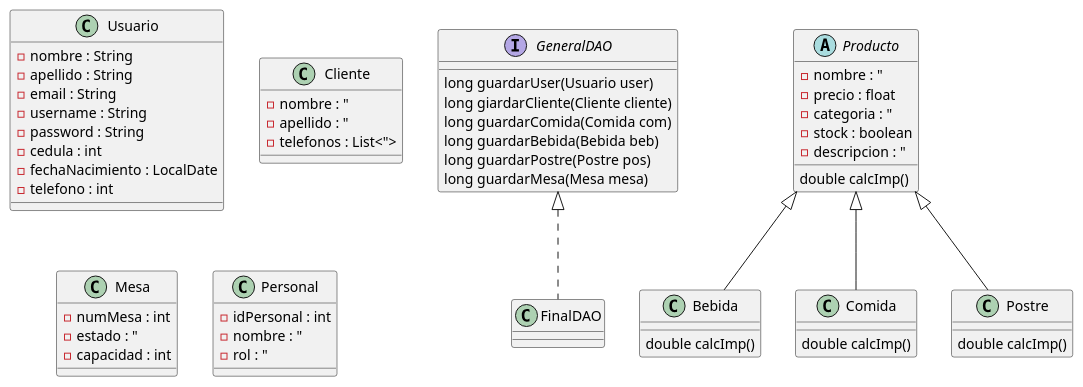
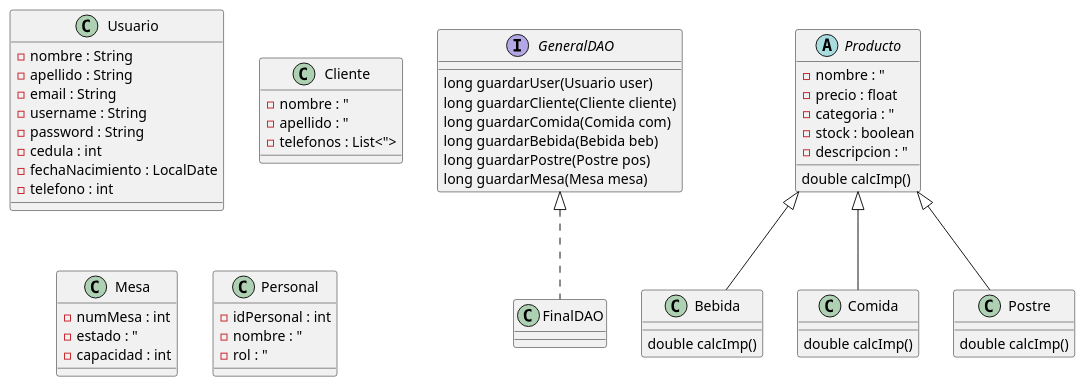
The diagram in src/Diagrama UML.puml (MrLuksR/Proyecto-Final-Restaurante), drawn with PlantUML before and after one commit.

Commit message:
Cambio en un error de UML

```diff
--- a/src/Diagrama UML.puml
+++ b/src/Diagrama UML.puml
@@ -1,63 +1,63 @@
 @startuml
 
 class Usuario{
     - nombre : String
     - apellido : String
     - email : String
     - username : String
     - password : String
     - cedula : int
     - fechaNacimiento : LocalDate
     - telefono : int
 }
 
 interface GeneralDAO{
     long guardarUser(Usuario user)
-    long giardarCliente(Cliente cliente)
+    long guardarCliente(Cliente cliente)
     long guardarComida(Comida com)
     long guardarBebida(Bebida beb)
     long guardarPostre(Postre pos)
     long guardarMesa(Mesa mesa)
 }
 
 class FinalDAO implements GeneralDAO{}
 
 class Cliente {
     - nombre : "
     - apellido : "
     - telefonos : List<">
 }
 
 class Mesa {
     - numMesa : int
     - estado : "
     - capacidad : int
 }
 
 class Personal {
     - idPersonal : int
     - nombre : "
     - rol : "
 }
 
 abstract class Producto {
     - nombre : "
     - precio : float
     - categoria : "
     - stock : boolean
     - descripcion : "
     double calcImp()
 }
 
 class Bebida extends Producto{
     double calcImp()
 }
 
 class Comida extends Producto{
     double calcImp()
 }
 
 class Postre extends Producto{
     double calcImp()
 }
 @enduml
```
